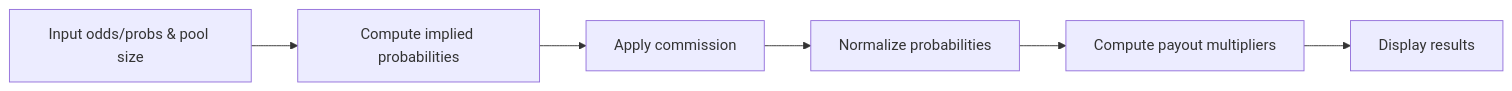
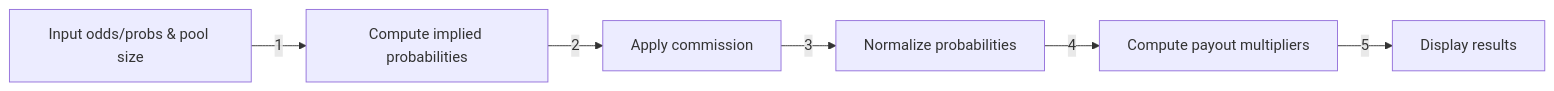
One commit to billymidnight/bet404 changed the second of 3 diagrams in README.MD. Above: the diagram before and after it, drawn with Mermaid. The commit also changed other lines of this file, not shown here.

````diff
--- a/README.MD
+++ b/README.MD
@@ -215,8 +215,8 @@
 ```mermaid
 flowchart LR
-    A[Input odds/probs & pool size] --> B[Compute implied probabilities]
-    B --> C[Apply commission]
-    C --> D[Normalize probabilities]
-    D --> E[Compute payout multipliers]
-    E --> F[Display results]
+  A[Input odds/probs & pool size] -->|1| B[Compute implied probabilities]
+  B -->|2| C[Apply commission]
+  C -->|3| D[Normalize probabilities]
+  D -->|4| E[Compute payout multipliers]
+  E -->|5| F[Display results]
 ```
````
